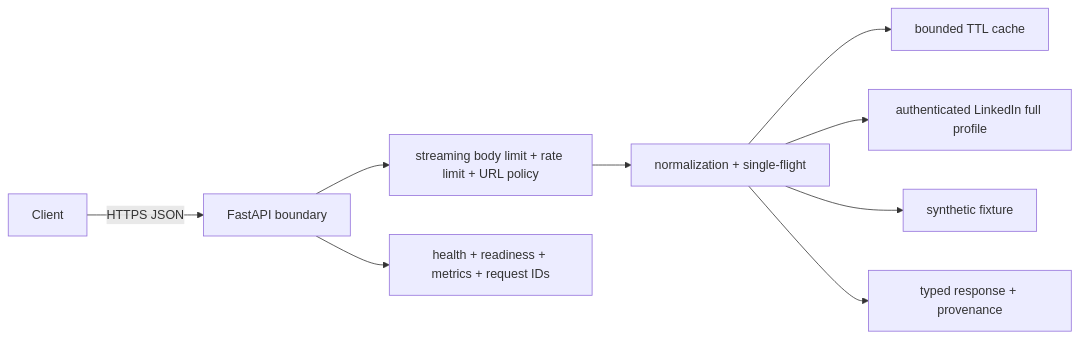
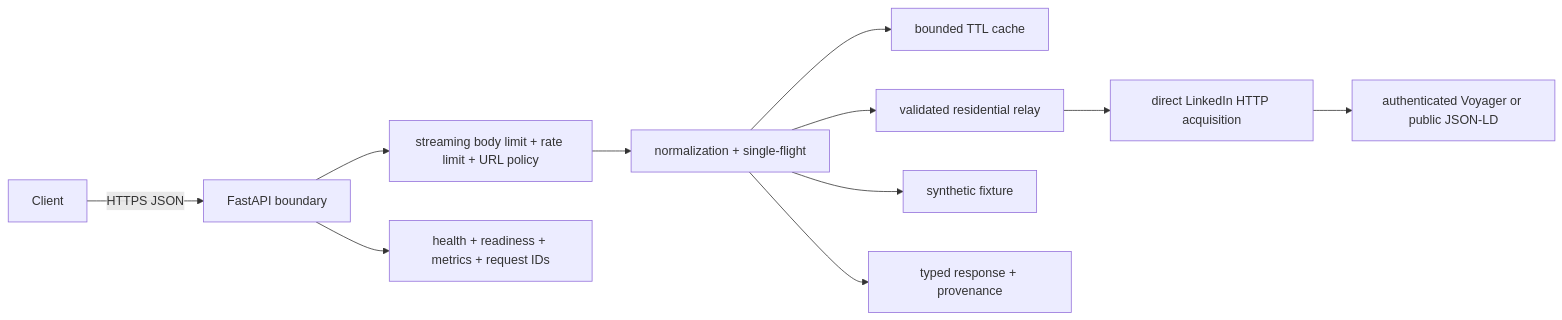
The diagram in README.md (RitwijParmar/ProfileProof), drawn with Mermaid before and after one commit. The commit also changed other lines of this file and 8 other files, not shown here.

Commit message:
Add resilient residential acquisition relay

````diff
--- a/README.md
+++ b/README.md
@@ -51,11 +51,13 @@
 ```mermaid
 flowchart LR
   Client -->|HTTPS JSON| API[FastAPI boundary]
   API --> Guard[streaming body limit + rate limit + URL policy]
   Guard --> Service[normalization + single-flight]
   Service --> Cache[bounded TTL cache]
-  Service --> Voyager[authenticated LinkedIn full profile]
+  Service --> Relay[validated residential relay]
+  Relay --> Worker[direct LinkedIn HTTP acquisition]
+  Worker --> Voyager[authenticated Voyager or public JSON-LD]
   Service --> Demo[synthetic fixture]
   Service --> Schema[typed response + provenance]
   API --> Ops[health + readiness + metrics + request IDs]
 ```
````
